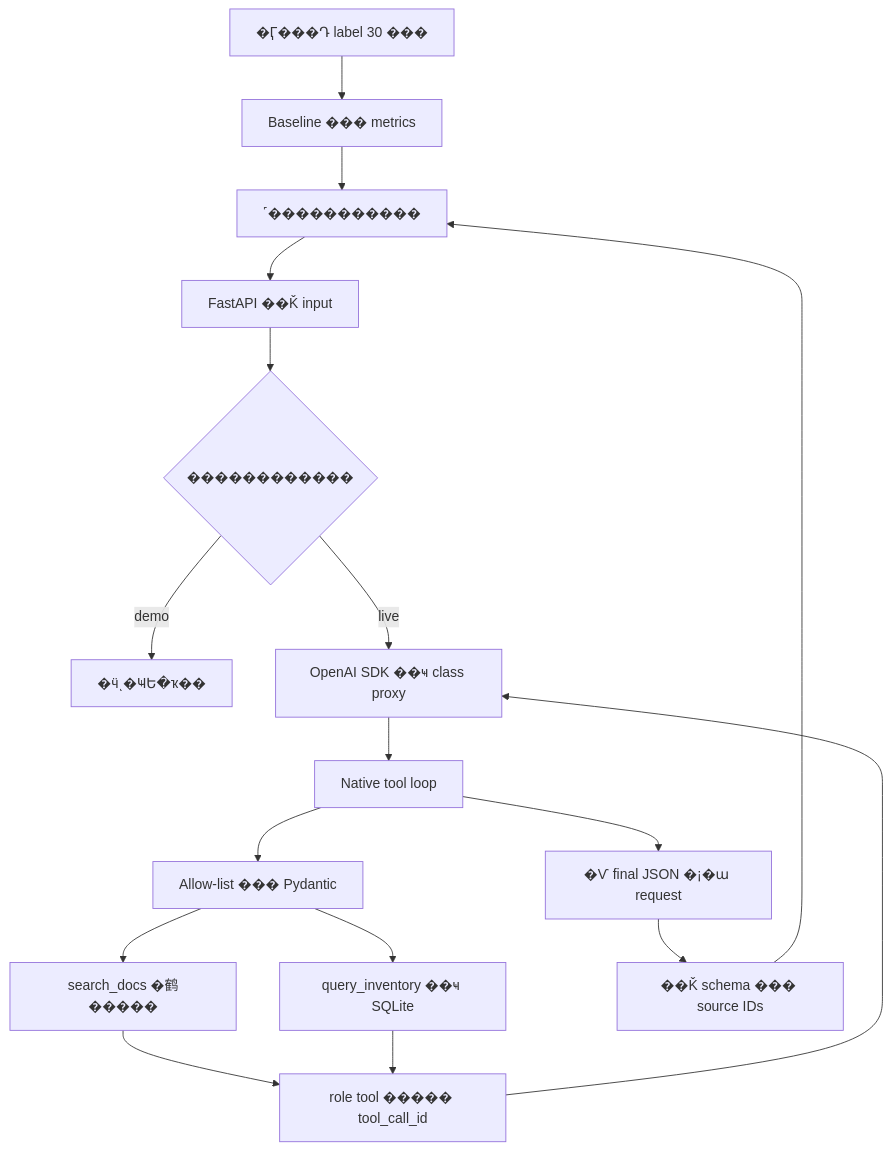
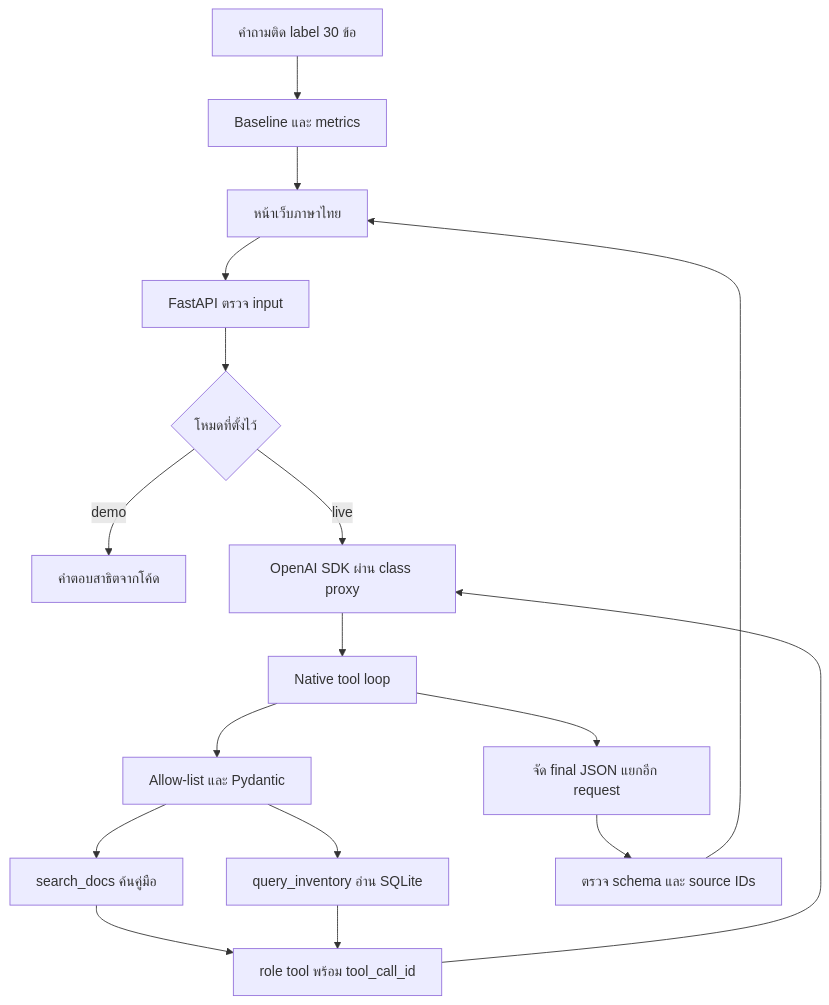
One commit to Chayapon8251/llm_lastwork changed the diagram in README.md. Above: the diagram before and after it, drawn with Mermaid. The commit also changed other lines of this file and 3 other files, not shown here.

````diff
--- a/README.md
+++ b/README.md
@@ -83,19 +83,19 @@
 ```mermaid
 flowchart TD
-    UI[˹�����������] --> API[FastAPI ��Ǩ input]
-    API --> MODE{������������}
-    MODE -->|demo| DEMO[�ӵͺ�ҸԵ�ҡ��]
-    MODE -->|live| LLM[OpenAI SDK ��ҹ class proxy]
+    UI[หน้าเว็บภาษาไทย] --> API[FastAPI ตรวจ input]
+    API --> MODE{โหมดที่ตั้งไว้}
+    MODE -->|demo| DEMO[คำตอบสาธิตจากโค้ด]
+    MODE -->|live| LLM[OpenAI SDK ผ่าน class proxy]
     LLM --> LOOP[Native tool loop]
-    LOOP --> VALID[Allow-list ��� Pydantic]
-    VALID --> DOCS[search_docs �鹤�����]
-    VALID --> SQL[query_inventory ��ҹ SQLite]
-    DOCS --> OBS[role tool ����� tool_call_id]
+    LOOP --> VALID[Allow-list และ Pydantic]
+    VALID --> DOCS[search_docs ค้นคู่มือ]
+    VALID --> SQL[query_inventory อ่าน SQLite]
+    DOCS --> OBS[role tool พร้อม tool_call_id]
     SQL --> OBS
     OBS --> LLM
-    LOOP --> FINAL[�Ѵ final JSON �¡�ա request]
-    FINAL --> CHECK[��Ǩ schema ��� source IDs]
+    LOOP --> FINAL[จัด final JSON แยกอีก request]
+    FINAL --> CHECK[ตรวจ schema และ source IDs]
     CHECK --> UI
-    EVAL[�Ӷ���Դ label 30 ���] --> RESULTS[Baseline ��� metrics]
+    EVAL[คำถามติด label 30 ข้อ] --> RESULTS[Baseline และ metrics]
     RESULTS --> UI
 ```
````
